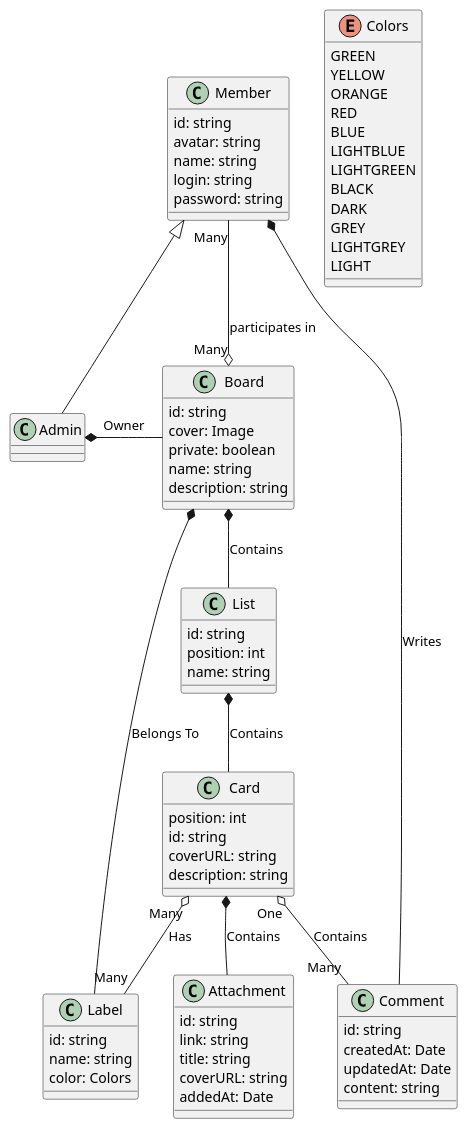
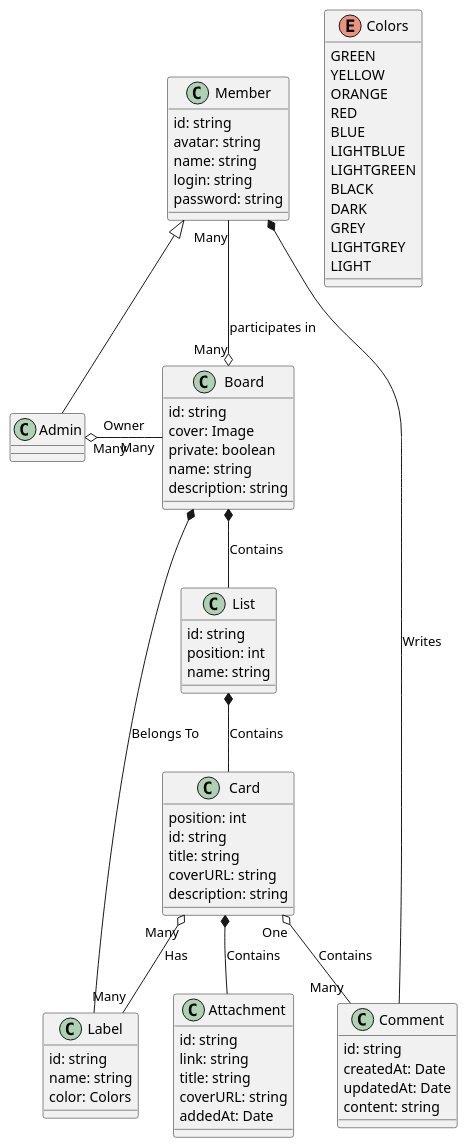
Before and after one commit to Fredkiss3/thullo: the diagram in packages/domain/uml/model.puml, drawn with PlantUML. The commit also changed 24 other files, not shown here.

```diff
--- a/packages/domain/uml/model.puml
+++ b/packages/domain/uml/model.puml
@@ -1,87 +1,88 @@
 @startuml
 'https://plantuml.com/class-diagram
 class Member {
     id: string
     avatar: string
     name: string
     login: string
     password: string
 }
 
 class Admin {
 }
 
 class Board {
     id: string
     cover: Image
     private: boolean
     name: string
     description: string
 }
 
 class List {
     id: string
     position: int
     name: string
 }
 
 class Card {
     position: int
     id: string
+    title: string
     coverURL: string
     description: string
 }
 
 enum Colors {
     GREEN
     YELLOW
     ORANGE
     RED
     BLUE
     LIGHTBLUE
     LIGHTGREEN
     BLACK
     DARK
     GREY
     LIGHTGREY
     LIGHT
 }
 
 class Label {
     id: string
     name: string
     color: Colors
 }
 
 class Comment {
     id: string
     createdAt: Date
     updatedAt: Date
     content: string
 }
 
 class Attachment {
     id: string
     link: string
     title: string
     coverURL: string
     addedAt: Date
 }
 
 Member <|-- Admin
 
-Admin *- Board : Owner
+Admin "Many" o---right---  "Many" Board : Owner
 Member "Many" --o "Many" Board : participates in
 
 Board *-- List : Contains
 List *-- Card : Contains
 Card *-- Attachment : Contains
 Card "One" o-- "Many" Comment : Contains
 
 Card "Many" o-- "Many" Label : Has
 
 Label --* Board  : Belongs To
 
 Member *-- Comment : Writes
 
 @enduml
```
